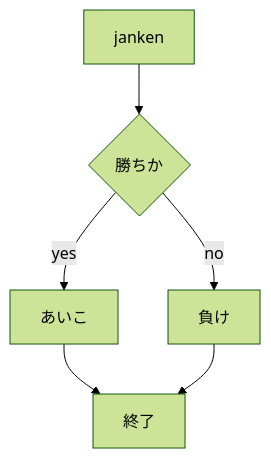
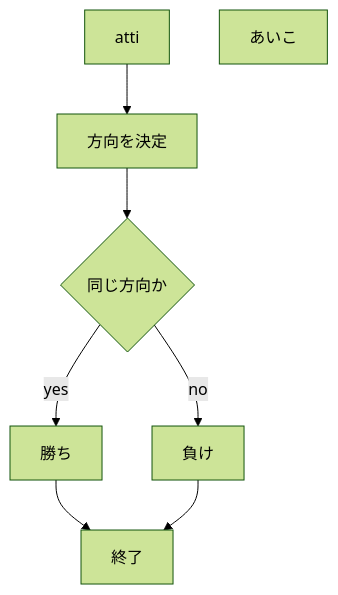
The second of 2 diagrams in README.md (18boxes/webpro_06), drawn with Mermaid (forest theme) before and after one commit. The commit also changed other lines of this file, not shown here.

````diff
--- a/README.md
+++ b/README.md
@@ -18,18 +167,18 @@
 ```mermaid
 flowchart TD;
 
-start["janken"];
-if{"あいこか"}
-win["あいこ"]
-loose["勝ちか"]
-if{"勝ちか"}
+start["atti"];
+end1["終了"]
+atti[方向を決定]
+if{"同じ方向か"}
+win["勝ち"]
+aiko["あいこ"]
 loose["負け"]
 
-end1["終了"]
-
-start --> if
+start --> atti
+atti -->if
 if -->|yes| win
+if -->|no| loose
 win --> end1
-if -->|no| loose
 loose --> end1
 ```
````
